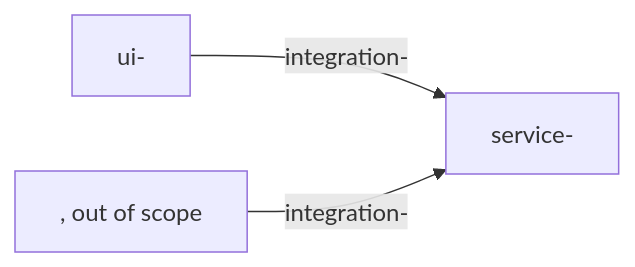
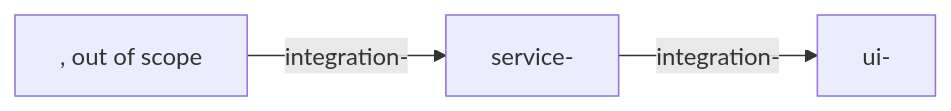
One commit to SkeiLeinux/sdd-pipeline changed the diagram in templates/feature/analysis.md. Above: the diagram before and after it, drawn with Mermaid. The commit also changed other lines of this file and 30 other files, not shown here.

````diff
--- a/templates/feature/analysis.md
+++ b/templates/feature/analysis.md
@@ -33,5 +35,5 @@
 ```mermaid
 flowchart LR
-  ui["ui-<screen>"] -->|integration-<exchange>| svc["service-<part>"]
+  svc["service-<part>"] -->|integration-<exchange>| ui["ui-<screen>"]
   ext["<external system>, out of scope"] -->|integration-<exchange>| svc
 ```
````
